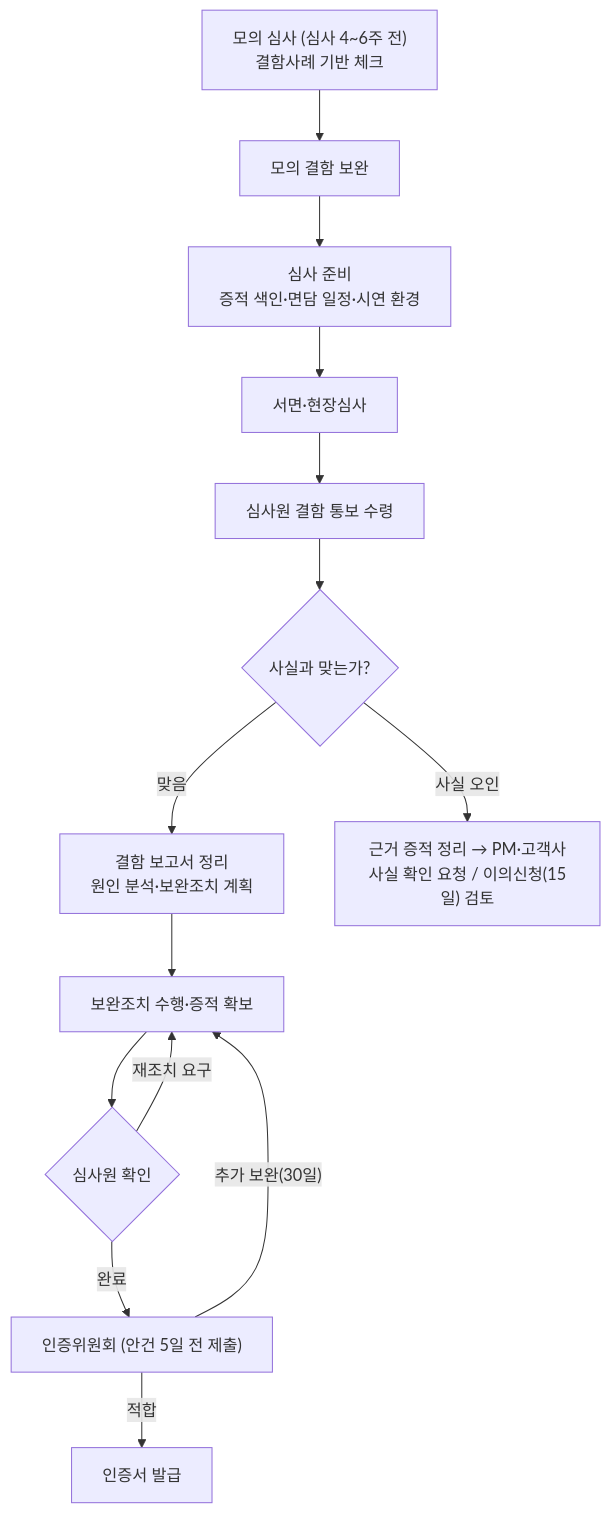
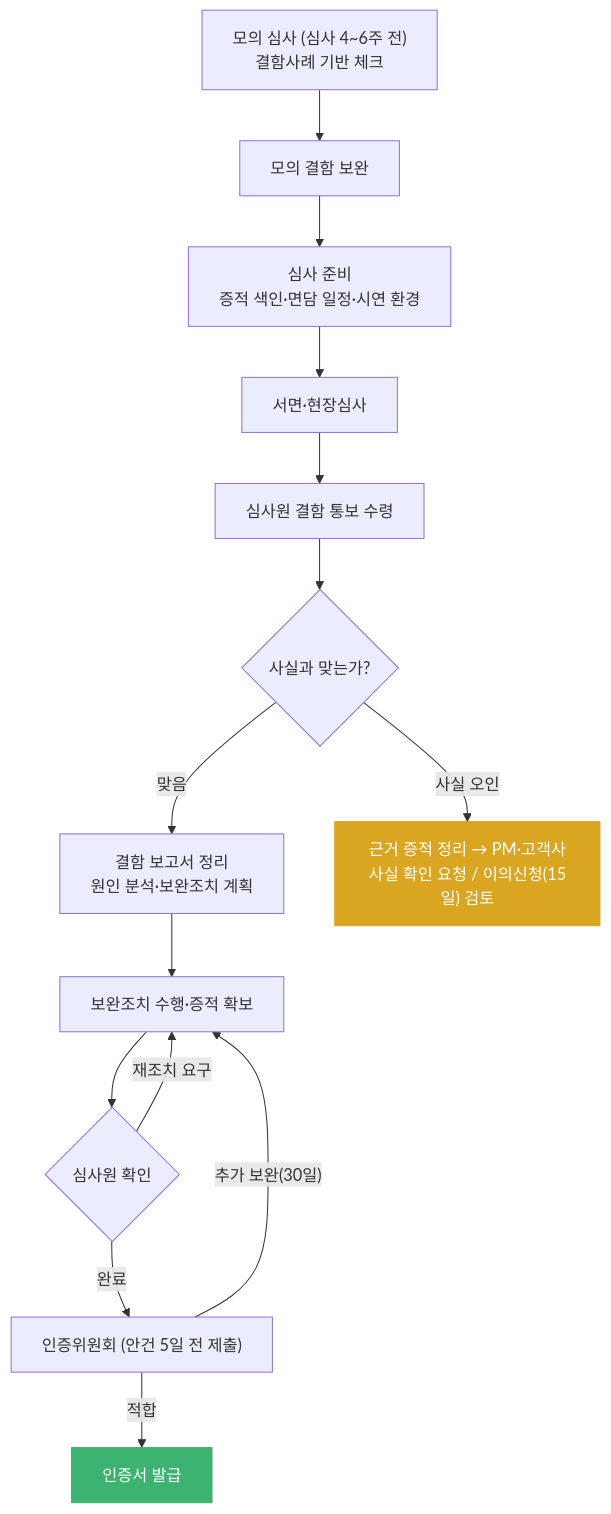
One commit to sinbearr/Advanced_PrivacyStudy changed the second of 4 diagrams in 1_학습_챕터/3주차_ISMS-P/06_결함유형과_심사대응.md. Above: the diagram before and after it, drawn with Mermaid. The commit also changed other lines of this file and 5 other files, not shown here.

````diff
--- a/1_학습_챕터/3주차_ISMS-P/06_결함유형과_심사대응.md
+++ b/1_학습_챕터/3주차_ISMS-P/06_결함유형과_심사대응.md
@@ -48,16 +90,20 @@
 ```mermaid
 flowchart TD
     A["모의 심사 (심사 4~6주 전)<br/>결함사례 기반 체크"] --> B["모의 결함 보완"]
     B --> C["심사 준비<br/>증적 색인·면담 일정·시연 환경"]
     C --> D["서면·현장심사"]
     D --> E["심사원 결함 통보 수령"]
     E --> F{"사실과 맞는가?"}
     F -->|"맞음"| G["결함 보고서 정리<br/>원인 분석·보완조치 계획"]
     F -->|"사실 오인"| H["근거 증적 정리 → PM·고객사<br/>사실 확인 요청 / 이의신청(15일) 검토"]
     G --> I["보완조치 수행·증적 확보"]
     I --> J{"심사원 확인"}
     J -->|"재조치 요구"| I
     J -->|"완료"| K["인증위원회 (안건 5일 전 제출)"]
     K -->|"추가 보완(30일)"| I
     K -->|"적합"| L["인증서 발급"]
+    classDef warn fill:#daa520,stroke:#daa520,color:#fff
+    classDef safe fill:#3cb371,stroke:#3cb371,color:#fff
+    class H warn
+    class L safe
 ```
````
